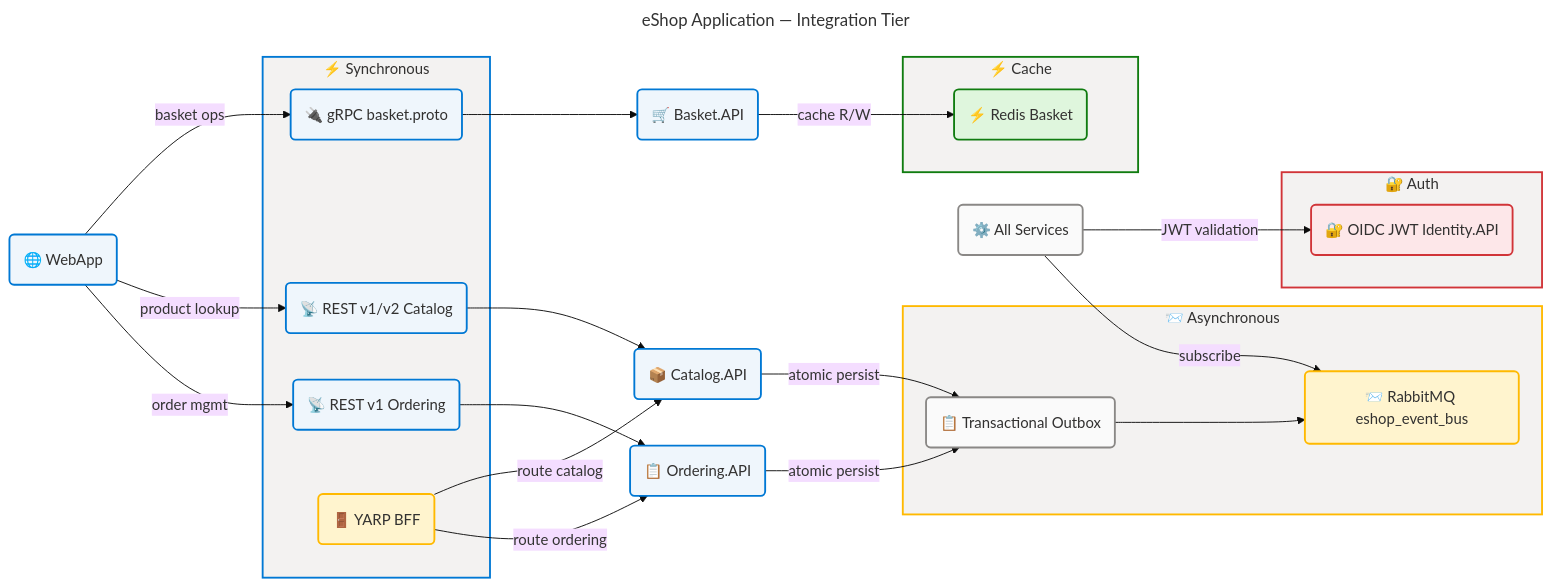
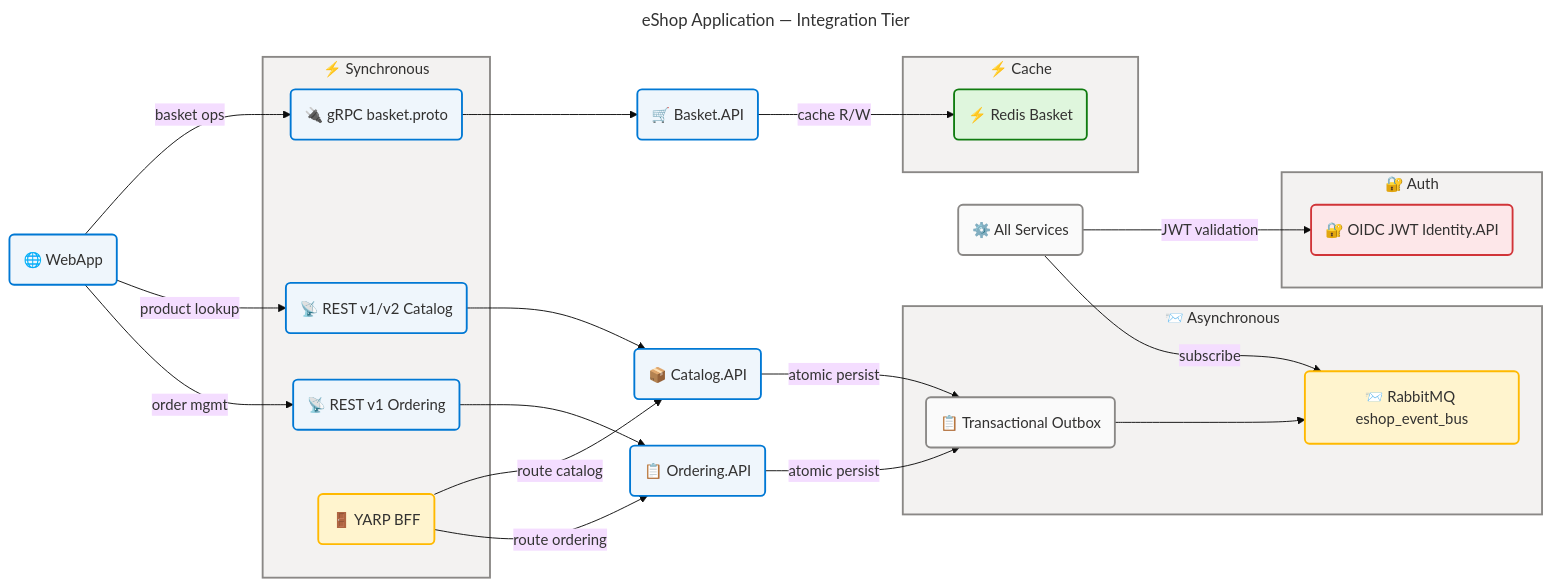
Before and after one commit to Evilazaro/eShop: the third of 7 diagrams in docs/architecture/application-architecture.md, drawn with Mermaid. The commit also changed other lines of this file, not shown here.

Commit message:
refactor: update flowchart governance comments and styling for consistency and accessibility

````diff
--- a/docs/architecture/application-architecture.md
+++ b/docs/architecture/application-architecture.md
@@ -419,67 +435,75 @@
 ```mermaid
 ---
 title: eShop Application — Integration Tier
 config:
   theme: base
   look: classic
   layout: dagre
   themeVariables:
     fontSize: '16px'
   flowchart:
     htmlLabels: true
 ---
 flowchart LR
     accTitle: eShop Application Integration Tier
     accDescr: Highlights the integration patterns connecting application services including event bus, gRPC, REST, and cache-aside
 
+    %% ═══════════════════════════════════════════════════════════════════════════
     %% AZURE / FLUENT ARCHITECTURE PATTERN v2.0
-    %% PHASE 1-5 governance applied
+    %% (Semantic + Structural + Font + Accessibility Governance)
+    %% ═══════════════════════════════════════════════════════════════════════════
+    %% PHASE 1 - FLUENT UI: All styling uses approved Fluent UI palette only
+    %% PHASE 2 - GROUPS: Every subgraph has semantic color via style directive
+    %% PHASE 3 - COMPONENTS: Every node has semantic classDef + icon prefix
+    %% PHASE 4 - ACCESSIBILITY: accTitle/accDescr present, WCAG AA contrast
+    %% PHASE 5 - STANDARD: Governance block present, classDefs centralized
+    %% ═══════════════════════════════════════════════════════════════════════════
 
     subgraph syncChannel["⚡ Synchronous"]
         grpcBasket("🔌 gRPC basket.proto"):::core
         restCatalog("📡 REST v1/v2 Catalog"):::core
         restOrdering("📡 REST v1 Ordering"):::core
         yarp2("🚪 YARP BFF"):::warning
     end
 
     subgraph asyncChannel["📨 Asynchronous"]
         eventBus3("📨 RabbitMQ eshop_event_bus"):::warning
         outbox2("📋 Transactional Outbox"):::neutral
     end
 
     subgraph cacheChannel["⚡ Cache"]
         redis3("⚡ Redis Basket"):::success
     end
 
     subgraph authChannel["🔐 Auth"]
         oidc("🔐 OIDC JWT Identity.API"):::danger
     end
 
     webapp3("🌐 WebApp"):::core
     basketApi3("🛒 Basket.API"):::core
     catalogApi3("📦 Catalog.API"):::core
     orderingApi3("📋 Ordering.API"):::core
     allServices3("⚙️ All Services"):::neutral
 
     webapp3 -->|basket ops| grpcBasket --> basketApi3
     webapp3 -->|product lookup| restCatalog --> catalogApi3
     webapp3 -->|order mgmt| restOrdering --> orderingApi3
     allServices3 -->|subscribe| eventBus3
     orderingApi3 -->|atomic persist| outbox2 --> eventBus3
     catalogApi3 -->|atomic persist| outbox2
     basketApi3 -->|cache R/W| redis3
     allServices3 -->|JWT validation| oidc
     yarp2 -->|route catalog| catalogApi3
     yarp2 -->|route ordering| orderingApi3
 
     classDef neutral fill:#FAFAFA,stroke:#8A8886,stroke-width:2px,color:#323130
     classDef core fill:#EFF6FC,stroke:#0078D4,stroke-width:2px,color:#323130
     classDef success fill:#DFF6DD,stroke:#107C10,stroke-width:2px,color:#323130
     classDef warning fill:#FFF4CE,stroke:#FFB900,stroke-width:2px,color:#323130
     classDef danger fill:#FDE7E9,stroke:#D13438,stroke-width:2px,color:#323130
 
-    style syncChannel fill:#F3F2F1,stroke:#0078D4,stroke-width:2px,color:#323130
-    style asyncChannel fill:#F3F2F1,stroke:#FFB900,stroke-width:2px,color:#323130
-    style cacheChannel fill:#F3F2F1,stroke:#107C10,stroke-width:2px,color:#323130
-    style authChannel fill:#F3F2F1,stroke:#D13438,stroke-width:2px,color:#323130
+    style syncChannel fill:#F3F2F1,stroke:#8A8886,stroke-width:2px,color:#323130
+    style asyncChannel fill:#F3F2F1,stroke:#8A8886,stroke-width:2px,color:#323130
+    style cacheChannel fill:#F3F2F1,stroke:#8A8886,stroke-width:2px,color:#323130
+    style authChannel fill:#F3F2F1,stroke:#8A8886,stroke-width:2px,color:#323130
 ```
````
